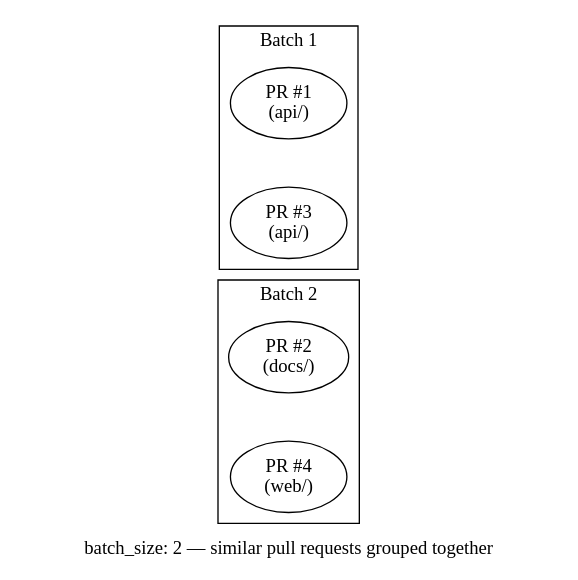
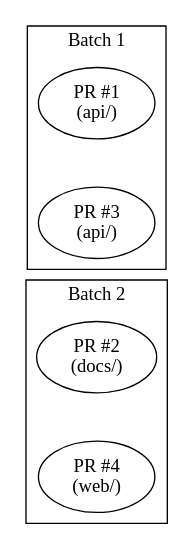
The second of 2 diagrams in src/content/docs/merge-queue/batches.mdx (Mergifyio/docs), drawn with Graphviz before and after one commit. The commit also changed other lines of this file and 20 other files, not shown here.

First line of the commit message:
feat(diagrams): size by type, caption in HTML, one meaning per role

````diff
--- a/src/content/docs/merge-queue/batches.mdx
+++ b/src/content/docs/merge-queue/batches.mdx
@@ -225,22 +224,21 @@
-```dot class="queue"
+```dot class="queue" title="batch_size: 2 — pull requests that touch the same area are grouped together"
 digraph {
-  label="batch_size: 2 — similar pull requests grouped together";
   edge [style=invis];
 
   subgraph cluster_batch1 {
     class="batch";
     label="Batch 1";
     PR1 [label="PR #1\n(api/)", class="queued"];
     PR3 [label="PR #3\n(api/)", class="queued"];
   }
 
   subgraph cluster_batch2 {
     class="batch";
     label="Batch 2";
     PR2 [label="PR #2\n(docs/)", class="queued"];
     PR4 [label="PR #4\n(web/)", class="queued"];
   }
 
   PR1 -> PR3 -> PR2 -> PR4;
 }
 ```
````
